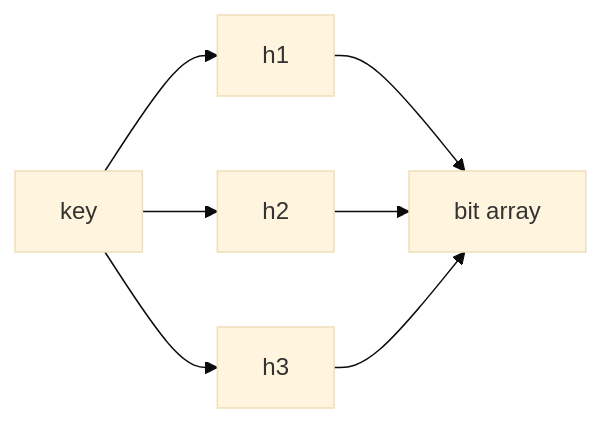
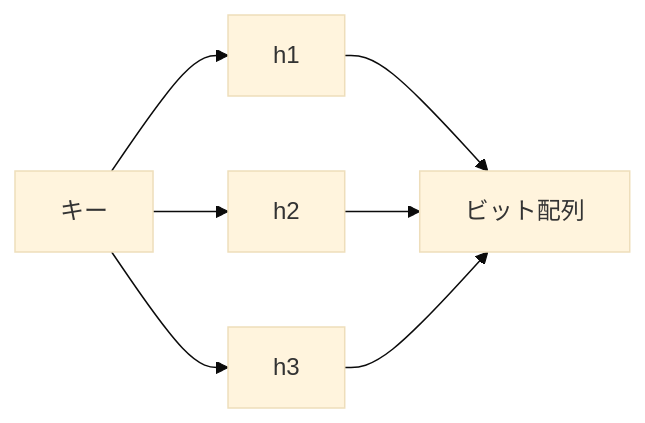
The fifth of 6 diagrams in src/content/docs/02-storage/05-hash-and-lsm.md (hirunebot/database-systems-book), drawn with Mermaid (base theme) before and after one commit. The commit also changed other lines of this file and 42 other files, not shown here.

````diff
--- a/src/content/docs/02-storage/05-hash-and-lsm.md
+++ b/src/content/docs/02-storage/05-hash-and-lsm.md
@@ -171,9 +171,9 @@
 ```mermaid
 flowchart LR
-    K["key"] --> H1["h1"]
+    K["キー"] --> H1["h1"]
     K --> H2["h2"]
     K --> H3["h3"]
-    H1 --> Bits["bit array"]
+    H1 --> Bits["ビット配列"]
     H2 --> Bits
     H3 --> Bits
 ```
````
